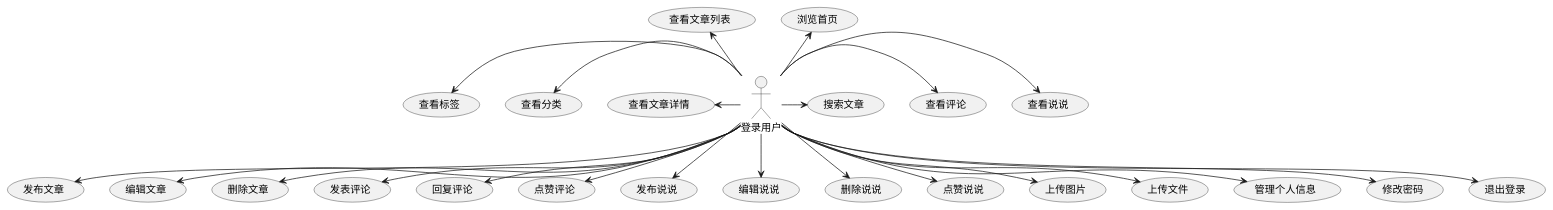
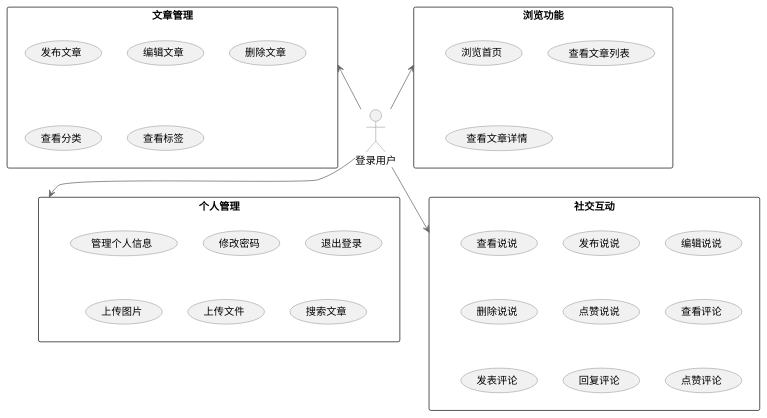
The diagram in logged_user_usecase.puml (yello-rush/-springvue-), drawn with PlantUML before and after one commit. The commit also changed 2 other files, not shown here.

```diff
--- a/logged_user_usecase.puml
+++ b/logged_user_usecase.puml
@@ -1,72 +1,63 @@
 @startuml
 
 ' 登录用户功能用例图
 
 skinparam backgroundColor white
 skinparam handwritten false
 skinparam shadowing false
 skinparam packageStyle rectangle
+skinparam arrowColor #666666
+skinparam usecaseBorderColor #666666
+skinparam actorBorderColor #666666
 
 ' 角色居中
 actor "登录用户" as LoggedUser
 
-' 功能模块围绕四周 - 上方
-usecase "浏览首页" as BrowseHome
-usecase "查看文章列表" as ViewArticleList
+' 功能模块围绕四周 - 使用包组织相关功能
 
-' 功能模块围绕四周 - 左侧
-usecase "查看文章详情" as ViewArticleDetail
-usecase "查看分类" as ViewCategories
-usecase "查看标签" as ViewTags
+' 上方：浏览功能
+package "浏览功能" {
+    usecase "浏览首页" as BrowseHome
+    usecase "查看文章列表" as ViewArticleList
+    usecase "查看文章详情" as ViewArticleDetail
+}
 
-' 功能模块围绕四周 - 右侧
-usecase "查看说说" as ViewMoments
-usecase "查看评论" as ViewComments
-usecase "搜索文章" as SearchArticles
+' 左侧：文章管理
+package "文章管理" {
+    usecase "发布文章" as PublishArticle
+    usecase "编辑文章" as EditArticle
+    usecase "删除文章" as DeleteArticle
+    usecase "查看分类" as ViewCategories
+    usecase "查看标签" as ViewTags
+}
 
-' 功能模块围绕四周 - 下方
-usecase "发布文章" as PublishArticle
-usecase "编辑文章" as EditArticle
-usecase "删除文章" as DeleteArticle
-usecase "发表评论" as PostComment
-usecase "回复评论" as ReplyComment
-usecase "点赞评论" as LikeComment
-usecase "发布说说" as PublishMoment
-usecase "编辑说说" as EditMoment
-usecase "删除说说" as DeleteMoment
-usecase "点赞说说" as LikeMoment
-usecase "上传图片" as UploadImage
-usecase "上传文件" as UploadFile
-usecase "管理个人信息" as ManageProfile
-usecase "修改密码" as ChangePassword
-usecase "退出登录" as Logout
+' 右侧：社交互动
+package "社交互动" {
+    usecase "查看说说" as ViewMoments
+    usecase "发布说说" as PublishMoment
+    usecase "编辑说说" as EditMoment
+    usecase "删除说说" as DeleteMoment
+    usecase "点赞说说" as LikeMoment
+    usecase "查看评论" as ViewComments
+    usecase "发表评论" as PostComment
+    usecase "回复评论" as ReplyComment
+    usecase "点赞评论" as LikeComment
+}
 
-' 连接角色与用例，使用方向箭头控制位置
-LoggedUser -up-> BrowseHome
-LoggedUser -up-> ViewArticleList
+' 下方：个人管理
+package "个人管理" {
+    usecase "管理个人信息" as ManageProfile
+    usecase "修改密码" as ChangePassword
+    usecase "退出登录" as Logout
+    usecase "上传图片" as UploadImage
+    usecase "上传文件" as UploadFile
+    usecase "搜索文章" as SearchArticles
+}
 
-LoggedUser -left-> ViewArticleDetail
-LoggedUser -left-> ViewCategories
-LoggedUser -left-> ViewTags
-
-LoggedUser -right-> ViewMoments
-LoggedUser -right-> ViewComments
-LoggedUser -right-> SearchArticles
-
-LoggedUser -down-> PublishArticle
-LoggedUser -down-> EditArticle
-LoggedUser -down-> DeleteArticle
-LoggedUser -down-> PostComment
-LoggedUser -down-> ReplyComment
-LoggedUser -down-> LikeComment
-LoggedUser -down-> PublishMoment
-LoggedUser -down-> EditMoment
-LoggedUser -down-> DeleteMoment
-LoggedUser -down-> LikeMoment
-LoggedUser -down-> UploadImage
-LoggedUser -down-> UploadFile
-LoggedUser -down-> ManageProfile
-LoggedUser -down-> ChangePassword
-LoggedUser -down-> Logout
+' 连接角色与包，使用方向箭头控制位置
+LoggedUser -up-> "浏览功能"
+LoggedUser -left-> "文章管理"
+LoggedUser -right-> "社交互动"
+LoggedUser -down-> "个人管理"
 
 @enduml
```
